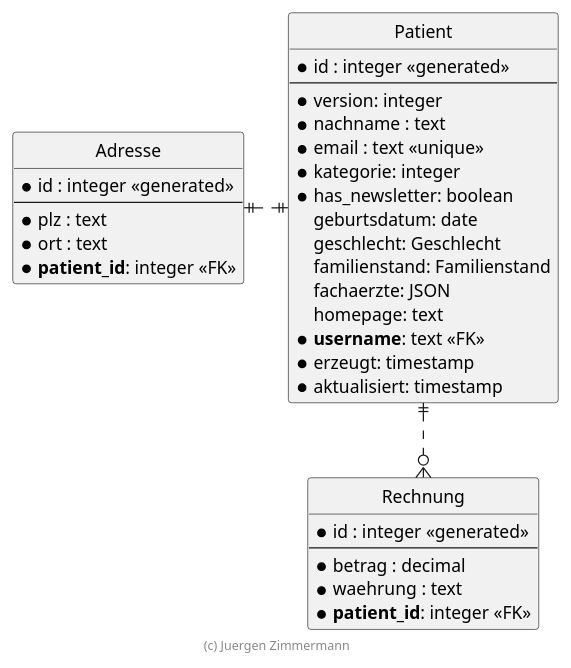
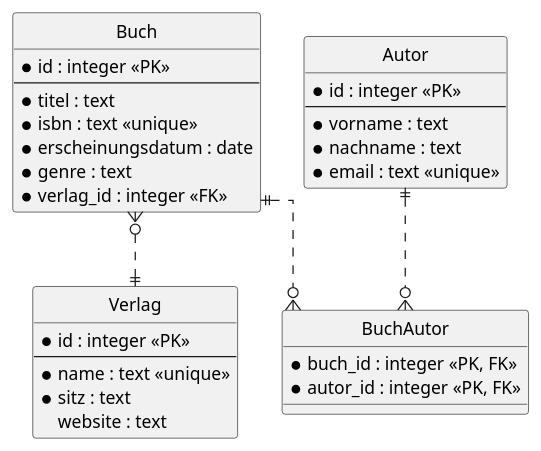
The diagram in docs/diagramme/src/er-diagramm.plantuml (msgoleli/fastapi), drawn with PlantUML before and after one commit. The commit also changed other lines of this file and 254 other files, not shown here.

```diff
--- a/docs/diagramme/src/er-diagramm.plantuml
+++ b/docs/diagramme/src/er-diagramm.plantuml
@@ -18,48 +1,40 @@
 @startuml ER Diagramm
-
-' hide the spot
 hide circle
-
-' evtl. Prbleme mit Kraehenfuessen vermeiden
 skinparam linetype ortho
 
-entity "Patient" {
-  * id : integer <<generated>>
+entity "Buch" {
+  * id : integer <<PK>>
   --
-  * version: integer
+  * titel : text
+  * isbn : text <<unique>>
+  * erscheinungsdatum : date
+  * genre : text
+  * verlag_id : integer <<FK>>
+}
+
+entity "Autor" {
+  * id : integer <<PK>>
+  --
+  * vorname : text
   * nachname : text
   * email : text <<unique>>
-  * kategorie: integer
-  * has_newsletter: boolean
-    geburtsdatum: date
-    geschlecht: Geschlecht
-    familienstand: Familienstand
-    fachaerzte: JSON
-    homepage: text
-  * **username**: text <<FK>>
-  * erzeugt: timestamp
-  * aktualisiert: timestamp
 }
 
-entity "Adresse" {
-  * id : integer <<generated>>
+entity "Verlag" {
+  * id : integer <<PK>>
   --
-  * plz : text
-  * ort : text
-  * **patient_id**: integer <<FK>>
+  * name : text <<unique>>
+  * sitz : text
+    website : text
 }
 
-entity "Rechnung" {
-  * id : integer <<generated>>
-  --
-  * betrag : decimal
-  * waehrung : text
-  * **patient_id**: integer <<FK>>
+entity "BuchAutor" {
+  * buch_id : integer <<PK, FK>>
+  * autor_id : integer <<PK, FK>>
 }
 
-Patient ||.left.|| Adresse
-Patient ||..o{ Rechnung
-
-footer (c) Juergen Zimmermann
+Buch }o..|| Verlag
+Buch ||..o{ BuchAutor
+Autor ||..o{ BuchAutor
 
 @enduml
```
